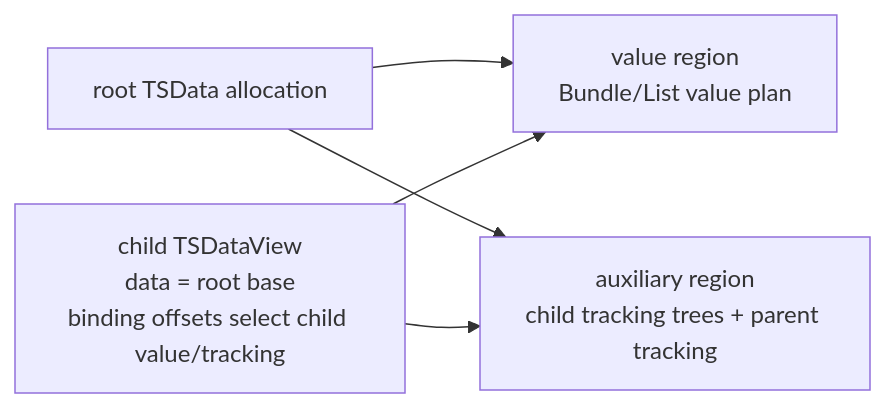
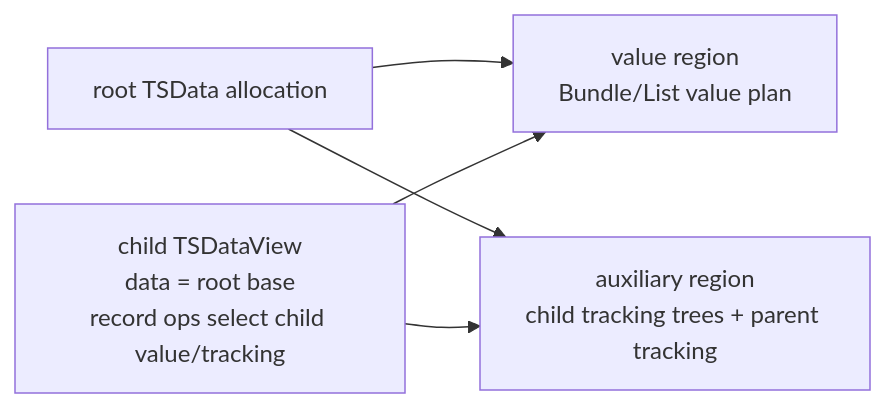
One commit to hhenson/hg_cpp changed the fifth of 10 diagrams in docs/source/developer_guide/data_structures/plans_and_ops/time_series.rst. Above: the diagram before and after it, drawn with Mermaid. The commit also changed other lines of this file and 38 other files, not shown here.

```diff
--- a/docs/source/developer_guide/data_structures/plans_and_ops/time_series.rst
+++ b/docs/source/developer_guide/data_structures/plans_and_ops/time_series.rst
@@ -684,12 +720,12 @@
 .. mermaid::
 
    flowchart LR
       Root["root TSData allocation"]
       Value["value region<br/>Bundle/List value plan"]
       Aux["auxiliary region<br/>child tracking trees + parent tracking"]
-      ChildView["child TSDataView<br/>data = root base<br/>binding offsets select child value/tracking"]
+      ChildView["child TSDataView<br/>data = root base<br/>record ops select child value/tracking"]
 
       Root --> Value
       Root --> Aux
       ChildView --> Value
       ChildView --> Aux
```
